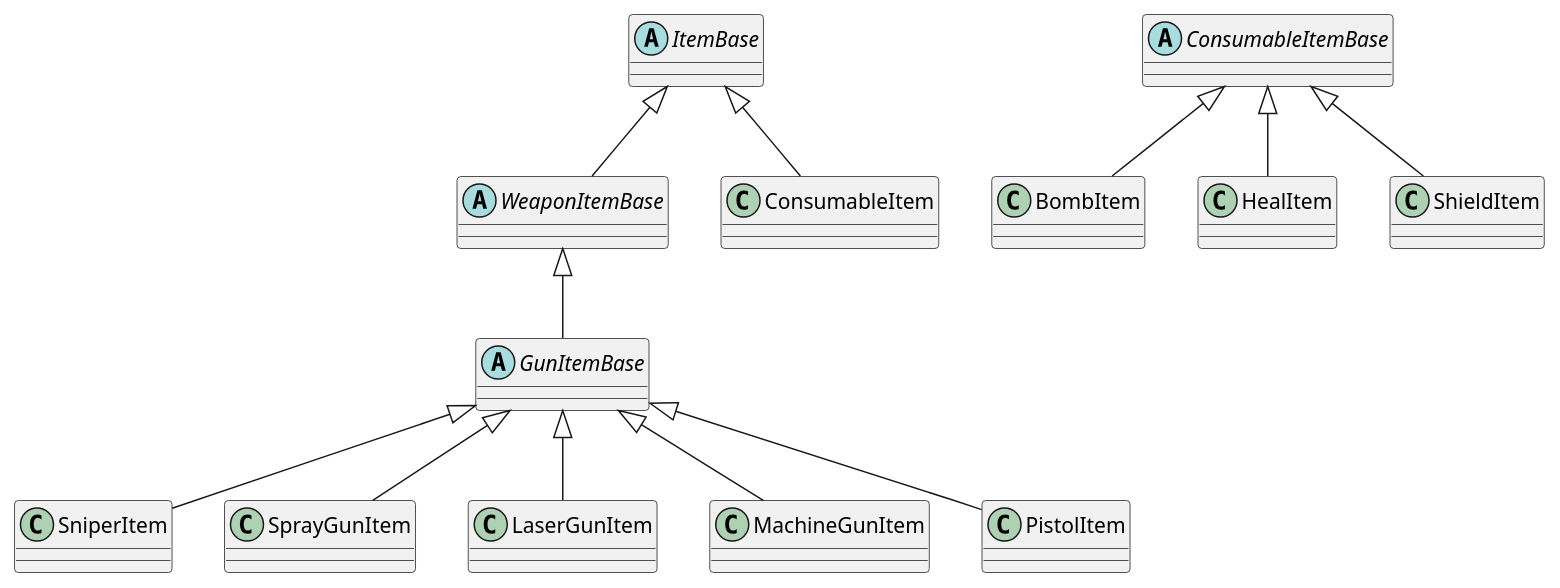
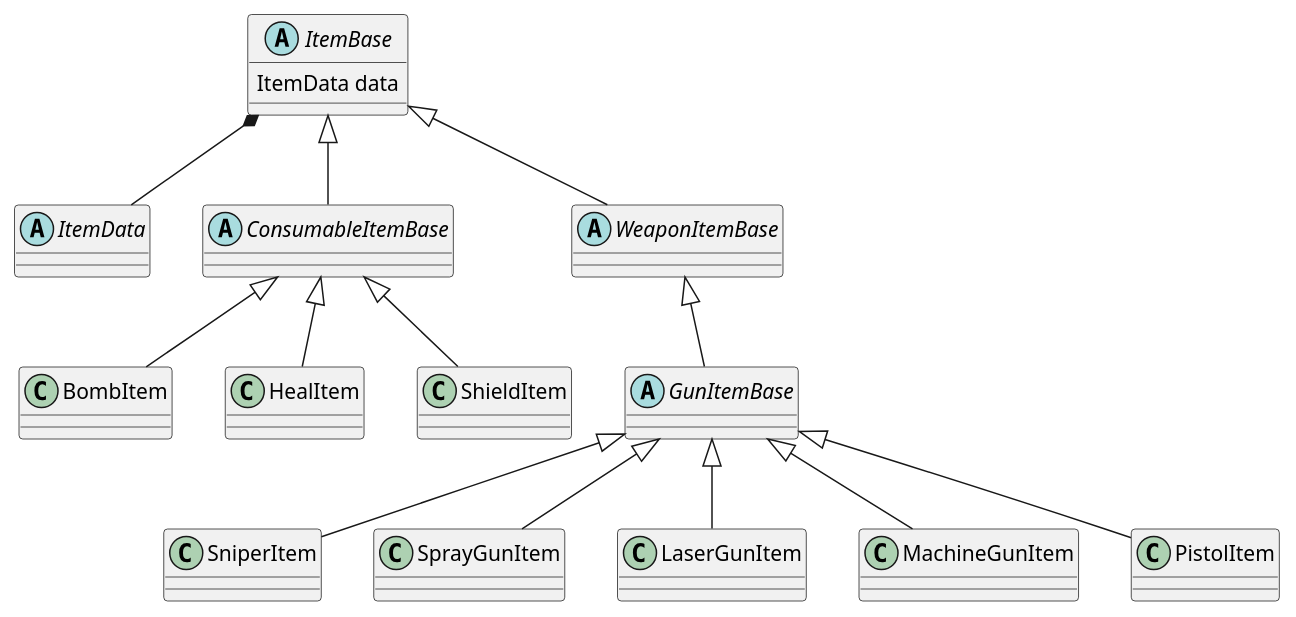
Before and after one commit to sung0822/GalaxyAdventure: the diagram in Assets/ItemDiagram.wsd, drawn with PlantUML. The commit also changed 11 other files, not shown here.

Commit message:
PlantUML 이미지 생성

```diff
--- a/Assets/ItemDiagram.wsd
+++ b/Assets/ItemDiagram.wsd
@@ -1,77 +1,84 @@
-@startuml ItemData
+@startuml Item
+
+abstract class ItemData
+{
+
+}
 
 abstract class ItemBase
 {
-
+    ItemData data
 }
 
 abstract class ConsumableItemBase
 {
 
 }
 
 abstract class WeaponItemBase
 {
 
 }
 
 abstract class GunItemBase
 {
 
 }
 
 class BombItem
 {
 
 }
 
 class HealItem
 {
 
 }
 
 class ShieldItem
 {
 
 }
 
 class SniperItem
 {
 
 }
 
 class SprayGunItem
 {
 
 }
 
 class LaserGunItem
 {
 
 }
 
 class MachineGunItem
 {
 
 }
 
 class PistolItem
 {
 
 }
-ItemBase <|-- ConsumableItem
+ItemBase <|-- ConsumableItemBase
+ItemBase <|-- WeaponItemBase
+
+ItemBase *-- ItemData
 
 ConsumableItemBase <|-- BombItem
 ConsumableItemBase <|-- HealItem
 ConsumableItemBase <|-- ShieldItem
 
-ItemBase <|-- WeaponItemBase
 WeaponItemBase <|-- GunItemBase
 
 GunItemBase <|-- PistolItem
 GunItemBase <|-- SniperItem
 GunItemBase <|-- MachineGunItem
 GunItemBase <|-- SprayGunItem
 GunItemBase <|-- LaserGunItem
 
 @enduml
```
